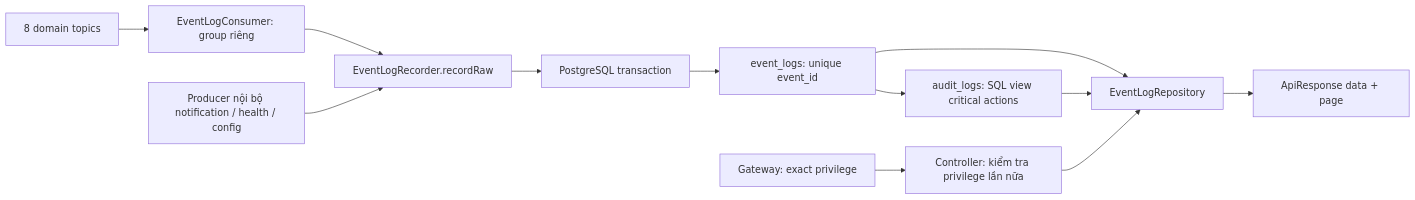
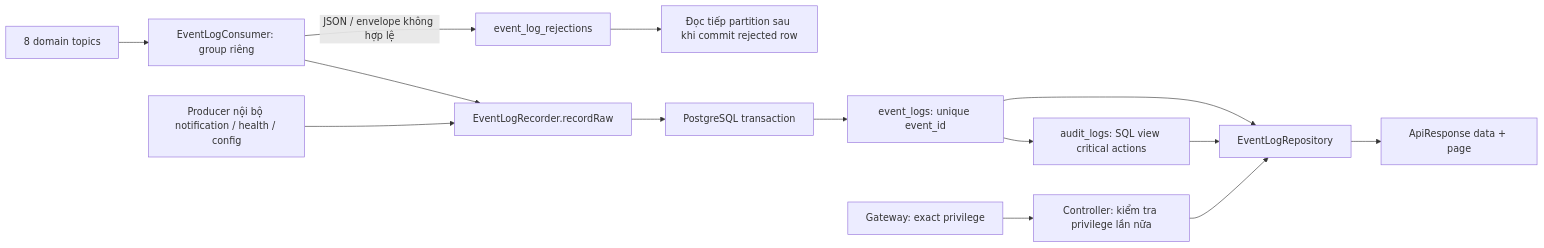
One commit to Nexus-890/be-project-nexus changed the diagram in docs/event-log-flow.md. Above: the diagram before and after it, drawn with Mermaid. The commit also changed other lines of this file and 5 other files, not shown here.

````diff
--- a/docs/event-log-flow.md
+++ b/docs/event-log-flow.md
@@ -5,14 +5,16 @@
 ```mermaid
 flowchart LR
   K[8 domain topics] --> C[EventLogConsumer: group riêng]
   C --> R[EventLogRecorder.recordRaw]
+  C -->|JSON / envelope không hợp lệ| X[event_log_rejections]
+  X --> N[Đọc tiếp partition sau khi commit rejected row]
   I[Producer nội bộ notification / health / config] --> R
   R --> T[PostgreSQL transaction]
   T --> E[event_logs: unique event_id]
   E --> A[audit_logs: SQL view critical actions]
   E --> Q[EventLogRepository]
   A --> Q
   G[Gateway: exact privilege] --> H[Controller: kiểm tra privilege lần nữa]
   H --> Q
   Q --> P[ApiResponse data + page]
 ```
````
